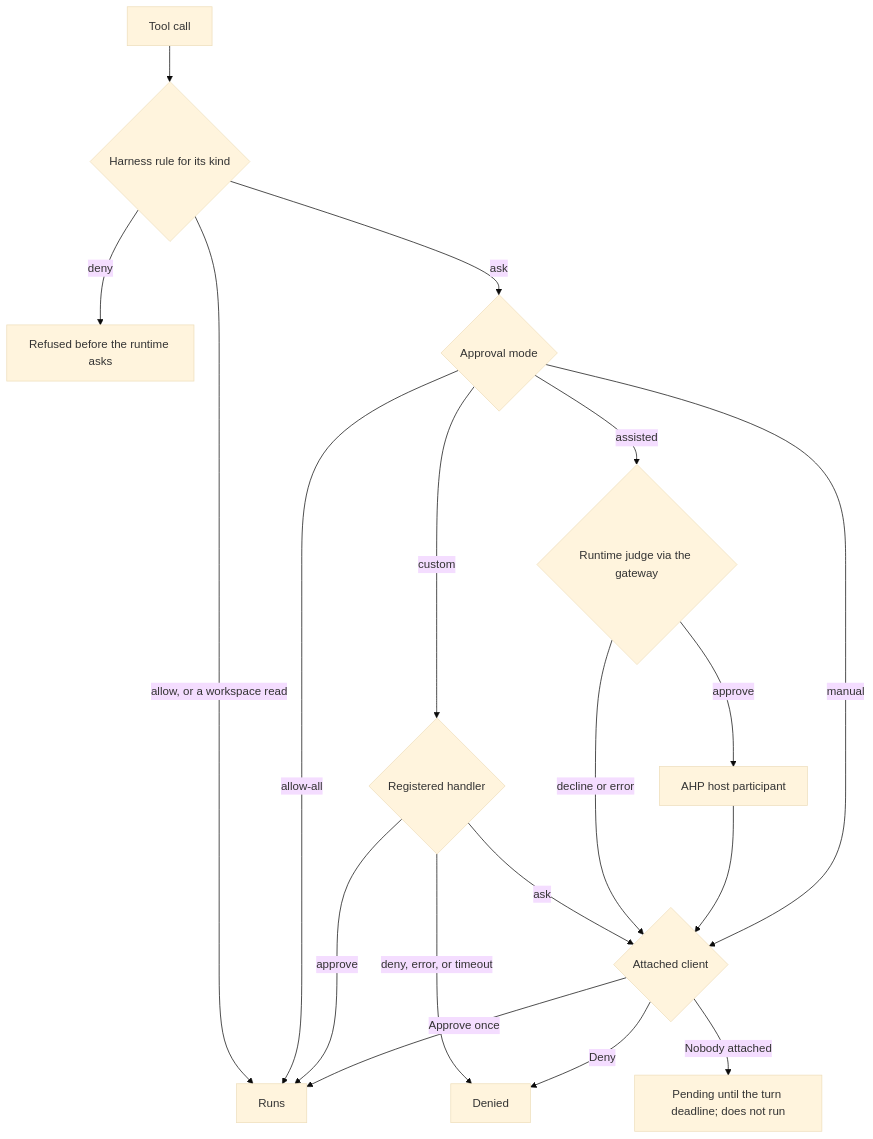
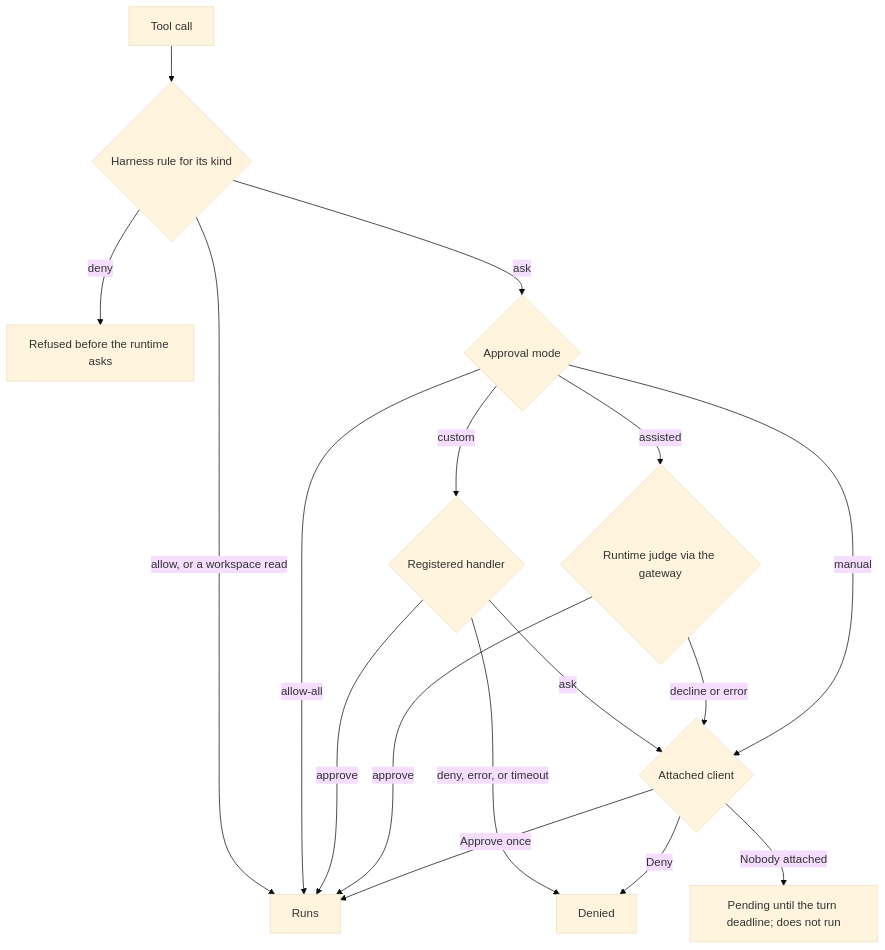
The third of 10 diagrams in docs/ARCHITECTURE.md (patniko/copilot-sdk-aspire), drawn with Mermaid (base theme) before and after one commit. The commit also changed other lines of this file and 9 other files, not shown here.

````diff
--- a/docs/ARCHITECTURE.md
+++ b/docs/ARCHITECTURE.md
@@ -162,20 +162,19 @@
 ```mermaid
 flowchart TD
     Call["Tool call"] --> Rules{"Harness rule for its kind"}
     Rules -->|"deny"| Denied["Refused before the runtime asks"]
     Rules -->|"allow, or a workspace read"| Runs["Runs"]
     Rules -->|"ask"| Mode{"Approval mode"}
     Mode -->|"allow-all"| Runs
     Mode -->|"custom"| Handler{"Registered handler"}
     Handler -->|"approve"| Runs
     Handler -->|"deny, error, or timeout"| Denied2["Denied"]
     Handler -->|"ask"| Person
     Mode -->|"assisted"| Judge{"Runtime judge via the gateway"}
     Judge -->|"decline or error"| Person
-    Judge -->|"approve"| Host["AHP host participant"]
-    Host --> Person
+    Judge -->|"approve"| Runs
     Mode -->|"manual"| Person{"Attached client"}
     Person -->|"Approve once"| Runs
     Person -->|"Deny"| Denied2
     Person -->|"Nobody attached"| Pending["Pending until the turn deadline; does not run"]
 ```
````
